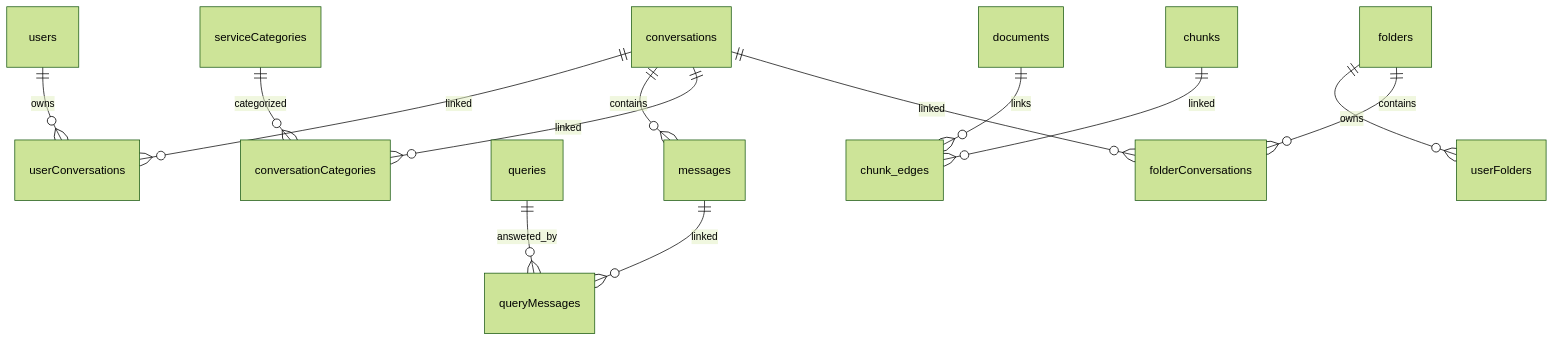
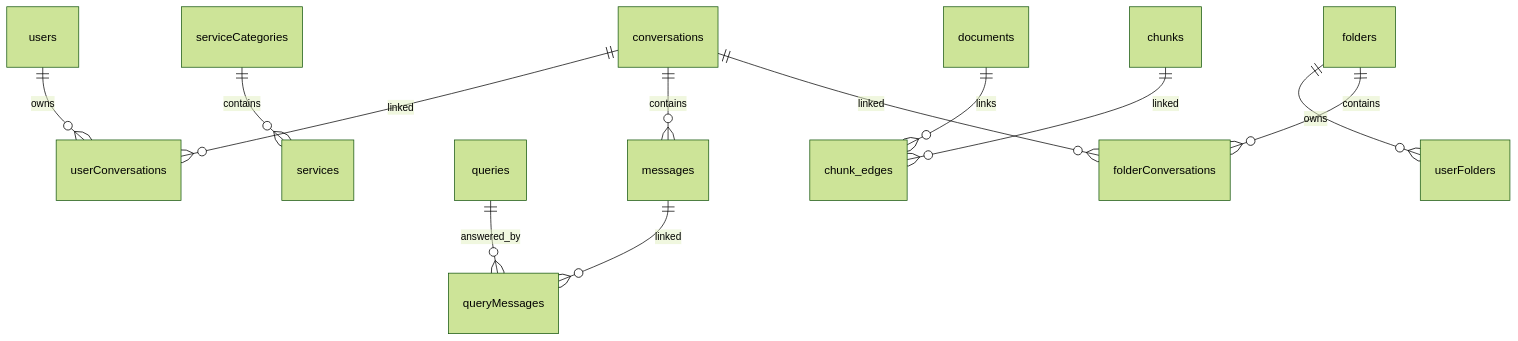
Before and after one commit to jrevillard/genie-ai-replica: the second of 2 diagrams in components/gov-chat-frontend/opea-integration-guide.md, drawn with Mermaid (forest theme). The commit also changed other lines of this file, not shown here.

Commit message:
Adjusted the integration guide to cater for multiple services and treating the category and related or unrelated services as data labels.

````diff
--- a/components/gov-chat-frontend/opea-integration-guide.md
+++ b/components/gov-chat-frontend/opea-integration-guide.md
@@ -940,15 +1261,14 @@
 ```mermaid
 erDiagram
     users ||--o{ userConversations : owns
     conversations ||--o{ userConversations : linked
     conversations ||--o{ messages : contains
     queries ||--o{ queryMessages : answered_by
     messages ||--o{ queryMessages : linked
-    serviceCategories ||--o{ conversationCategories : categorized
-    conversations ||--o{ conversationCategories : linked
+    serviceCategories ||--o{ services : contains
     documents ||--o{ chunk_edges : links
     chunks ||--o{ chunk_edges : linked
     folders ||--o{ userFolders : owns
     folders ||--o{ folderConversations : contains
     conversations ||--o{ folderConversations : linked
 ```
````
